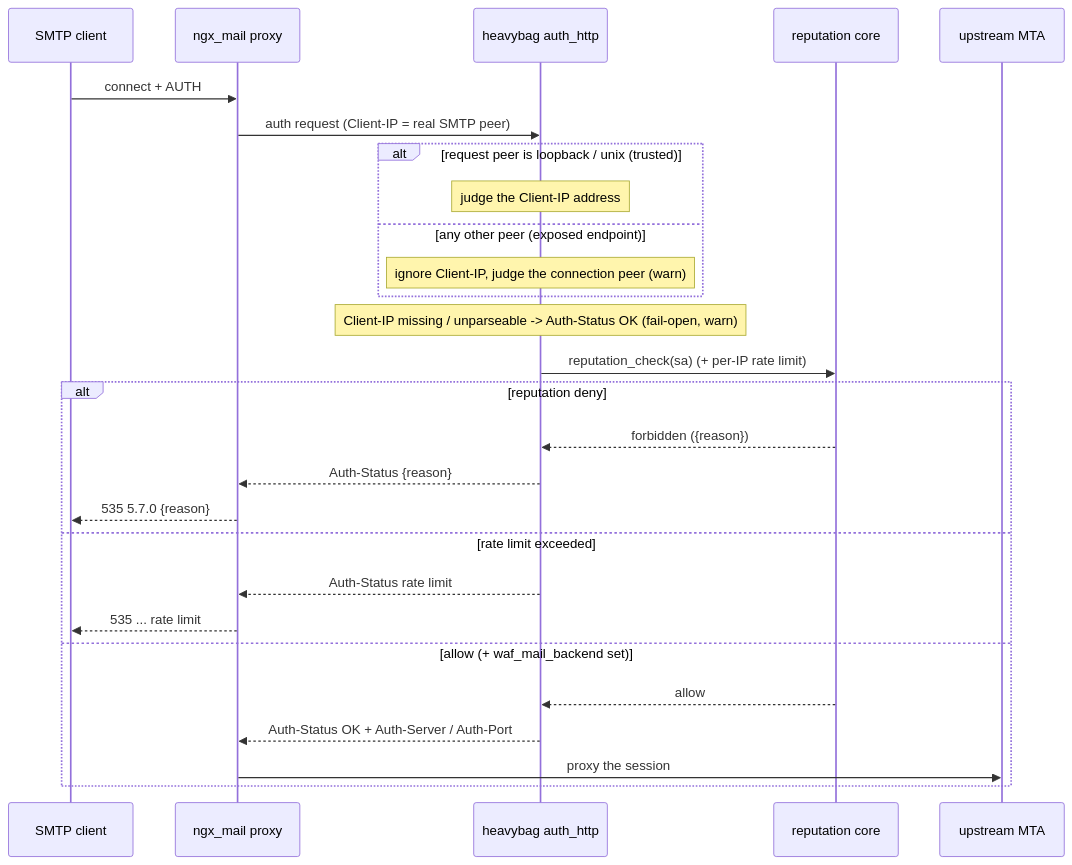
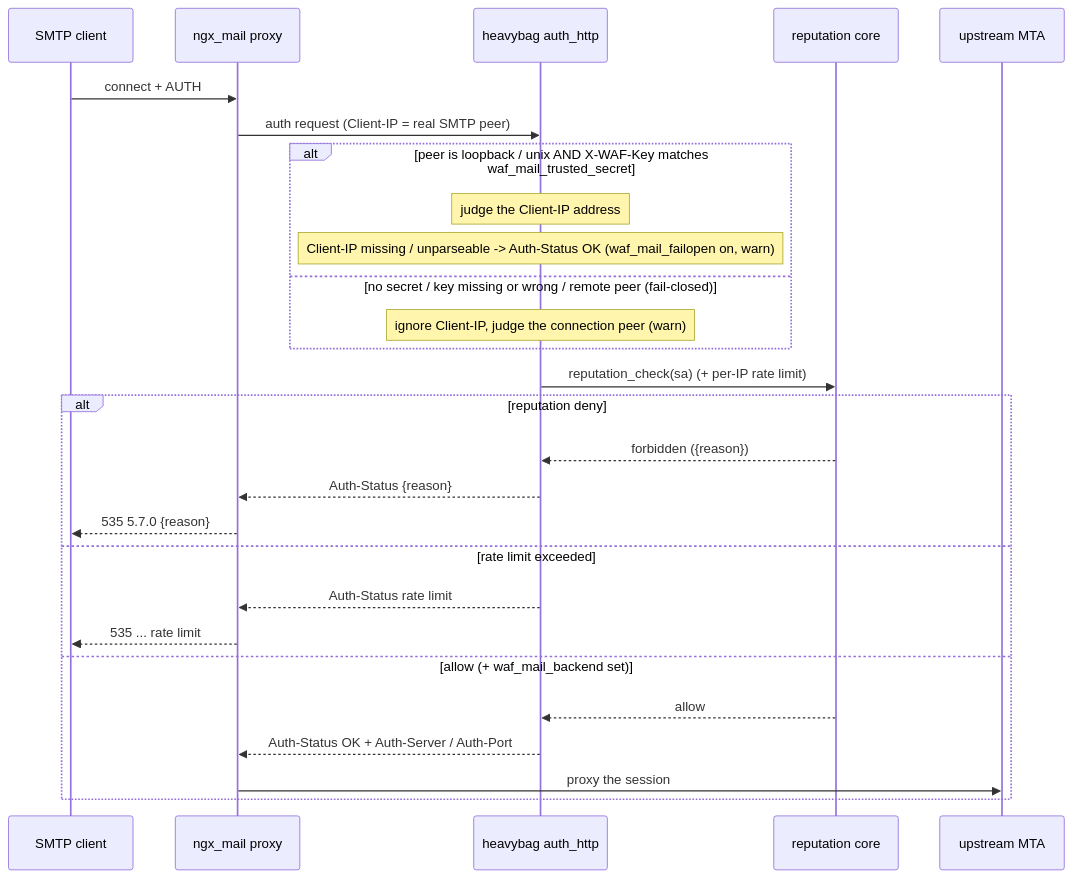
The third of 4 diagrams in README.md (pontscho/ngx-heavybag), drawn with Mermaid before and after one commit. The commit also changed 7 other files, not shown here.

First line of the commit message:
docs: sync wiki with the S9 fix series, fix stale mail sequence diagram

````diff
--- a/README.md
+++ b/README.md
@@ -766,34 +766,33 @@
 ```mermaid
 sequenceDiagram
     participant C as SMTP client
     participant M as ngx_mail proxy
     participant A as heavybag auth_http
     participant R as reputation core
     participant B as upstream MTA
 
     C->>M: connect + AUTH
     M->>A: auth request (Client-IP = real SMTP peer)
 
-    alt request peer is loopback / unix (trusted)
+    alt peer is loopback / unix AND X-WAF-Key matches waf_mail_trusted_secret
         Note over A: judge the Client-IP address
-    else any other peer (exposed endpoint)
+        Note over A: Client-IP missing / unparseable -> Auth-Status OK (waf_mail_failopen on, warn)
+    else no secret / key missing or wrong / remote peer (fail-closed)
         Note over A: ignore Client-IP, judge the connection peer (warn)
     end
-
-    Note over A: Client-IP missing / unparseable -> Auth-Status OK (fail-open, warn)
 
     A->>R: reputation_check(sa)  (+ per-IP rate limit)
 
     alt reputation deny
         R-->>A: forbidden ({reason})
         A-->>M: Auth-Status {reason}
         M-->>C: 535 5.7.0 {reason}
     else rate limit exceeded
         A-->>M: Auth-Status rate limit
         M-->>C: 535 ... rate limit
     else allow (+ waf_mail_backend set)
         R-->>A: allow
         A-->>M: Auth-Status OK + Auth-Server / Auth-Port
         M->>B: proxy the session
     end
 ```
````
